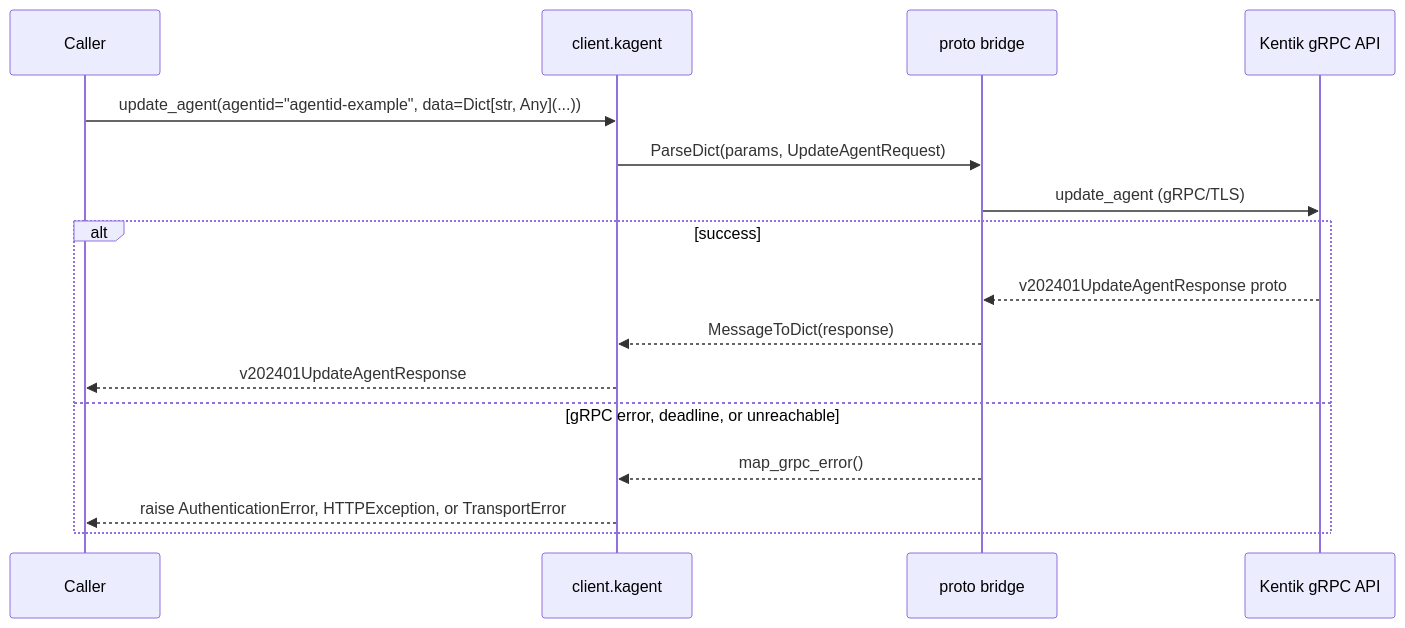
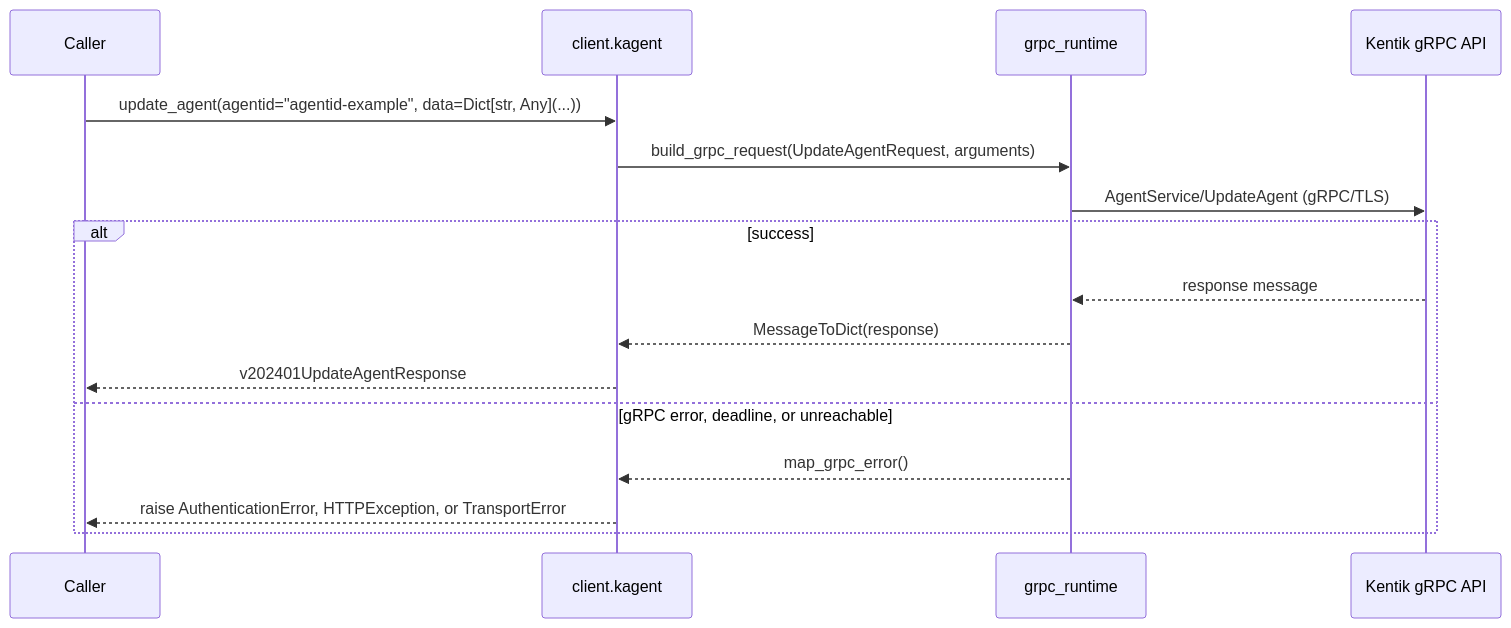
Diagram 13 of 58 in docs/sphinx/services/kagent.md (alexdearaujo/community_sdk_python), drawn with Mermaid before and after one commit. The commit also changed other lines of this file and 37 other files, not shown here.

First line of the commit message:
docs: show the real RPC in each service page's gRPC diagram

````diff
--- a/docs/sphinx/services/kagent.md
+++ b/docs/sphinx/services/kagent.md
@@ -443,19 +443,19 @@
 ```mermaid
 sequenceDiagram
     participant C as Caller
     participant W as client.kagent
-    participant B as proto bridge
+    participant R as grpc_runtime
     participant API as Kentik gRPC API
 
     C->>W: update_agent(agentid="agentid-example", data=Dict[str, Any](...))
-    W->>B: ParseDict(params, UpdateAgentRequest)
-    B->>API: update_agent (gRPC/TLS)
+    W->>R: build_grpc_request(UpdateAgentRequest, arguments)
+    R->>API: AgentService/UpdateAgent (gRPC/TLS)
     alt success
-        API-->>B: v202401UpdateAgentResponse proto
-        B-->>W: MessageToDict(response)
+        API-->>R: response message
+        R-->>W: MessageToDict(response)
         W-->>C: v202401UpdateAgentResponse
     else gRPC error, deadline, or unreachable
-        B-->>W: map_grpc_error()
+        R-->>W: map_grpc_error()
         W-->>C: raise AuthenticationError, HTTPException, or TransportError
     end
 ```
````
